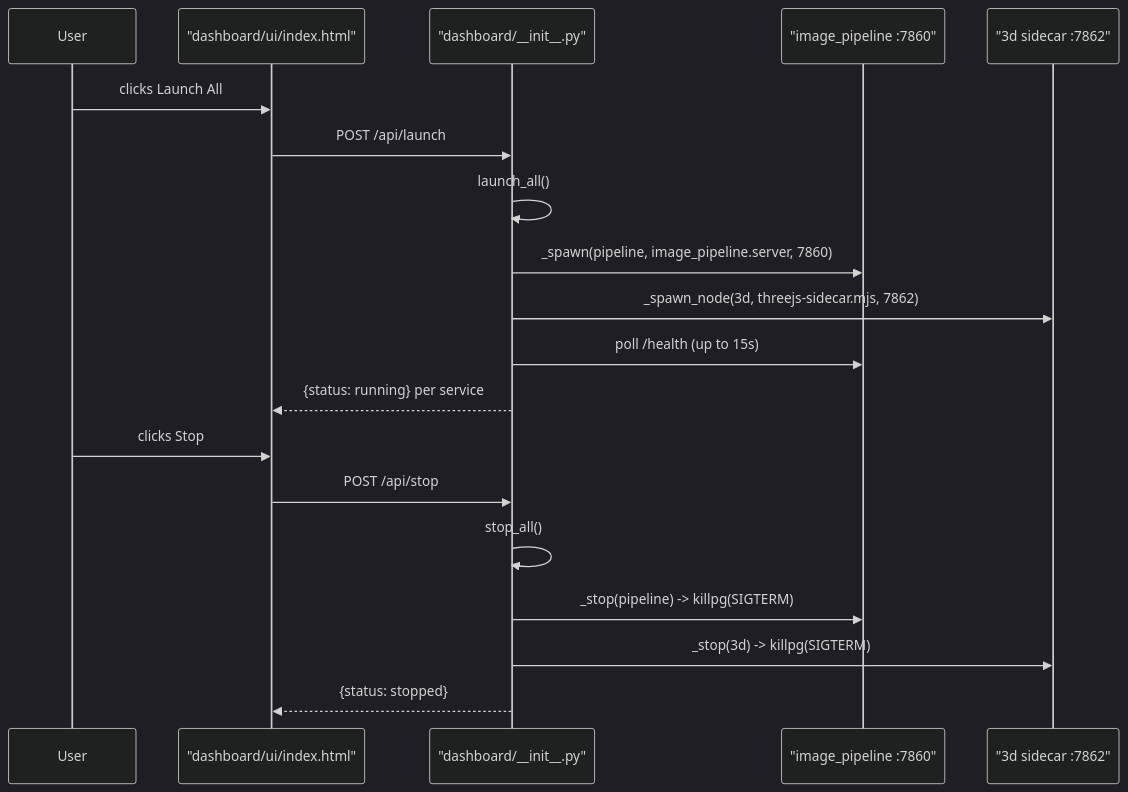
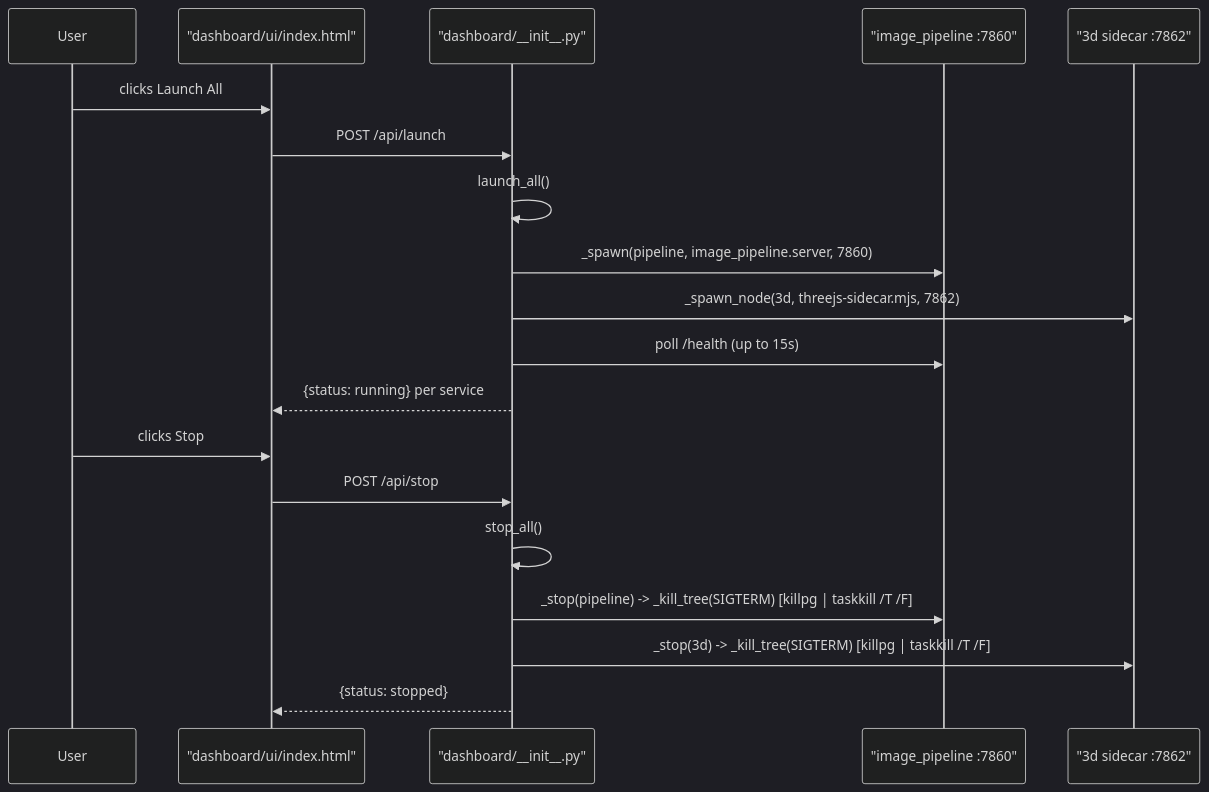
One commit to brndnhghs/grillmaster-command-center changed the fourth of 4 diagrams in docs/wiki/diagrams/sequences.md. Above: the diagram before and after it, drawn with Mermaid (dark theme). The commit also changed other lines of this file and 60 other files, not shown here.

````diff
--- a/docs/wiki/diagrams/sequences.md
+++ b/docs/wiki/diagrams/sequences.md
@@ -139,22 +139,22 @@
 ```mermaid
 sequenceDiagram
     participant User
     participant UI as "dashboard/ui/index.html"
     participant Dashboard as "dashboard/__init__.py"
     participant Pipeline as "image_pipeline :7860"
     participant Sidecar as "3d sidecar :7862"
 
     User->>UI: clicks Launch All
     UI->>Dashboard: POST /api/launch
     Dashboard->>Dashboard: launch_all()
     Dashboard->>Pipeline: _spawn(pipeline, image_pipeline.server, 7860)
     Dashboard->>Sidecar: _spawn_node(3d, threejs-sidecar.mjs, 7862)
     Dashboard->>Pipeline: poll /health (up to 15s)
     Dashboard-->>UI: {status: running} per service
     User->>UI: clicks Stop
     UI->>Dashboard: POST /api/stop
     Dashboard->>Dashboard: stop_all()
-    Dashboard->>Pipeline: _stop(pipeline) -> killpg(SIGTERM)
-    Dashboard->>Sidecar: _stop(3d) -> killpg(SIGTERM)
+    Dashboard->>Pipeline: _stop(pipeline) -> _kill_tree(SIGTERM) [killpg | taskkill /T /F]
+    Dashboard->>Sidecar: _stop(3d) -> _kill_tree(SIGTERM) [killpg | taskkill /T /F]
     Dashboard-->>UI: {status: stopped}
 ```
````
